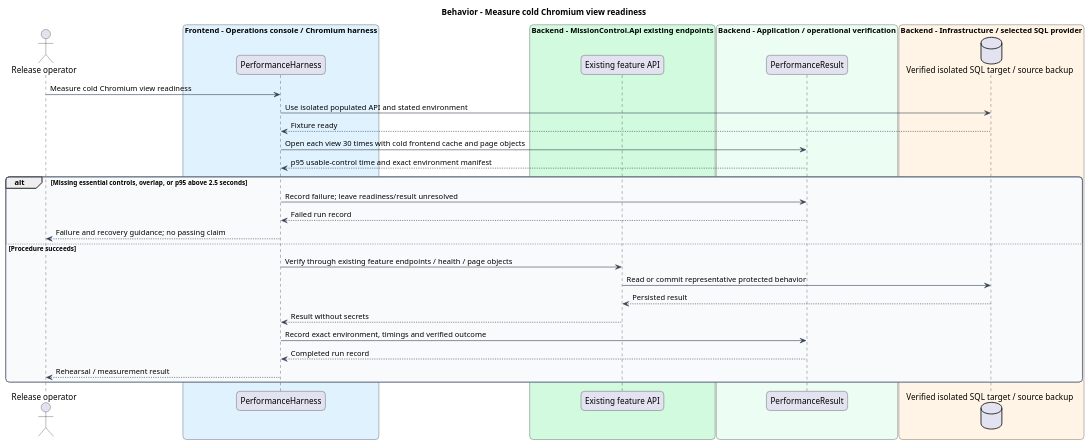
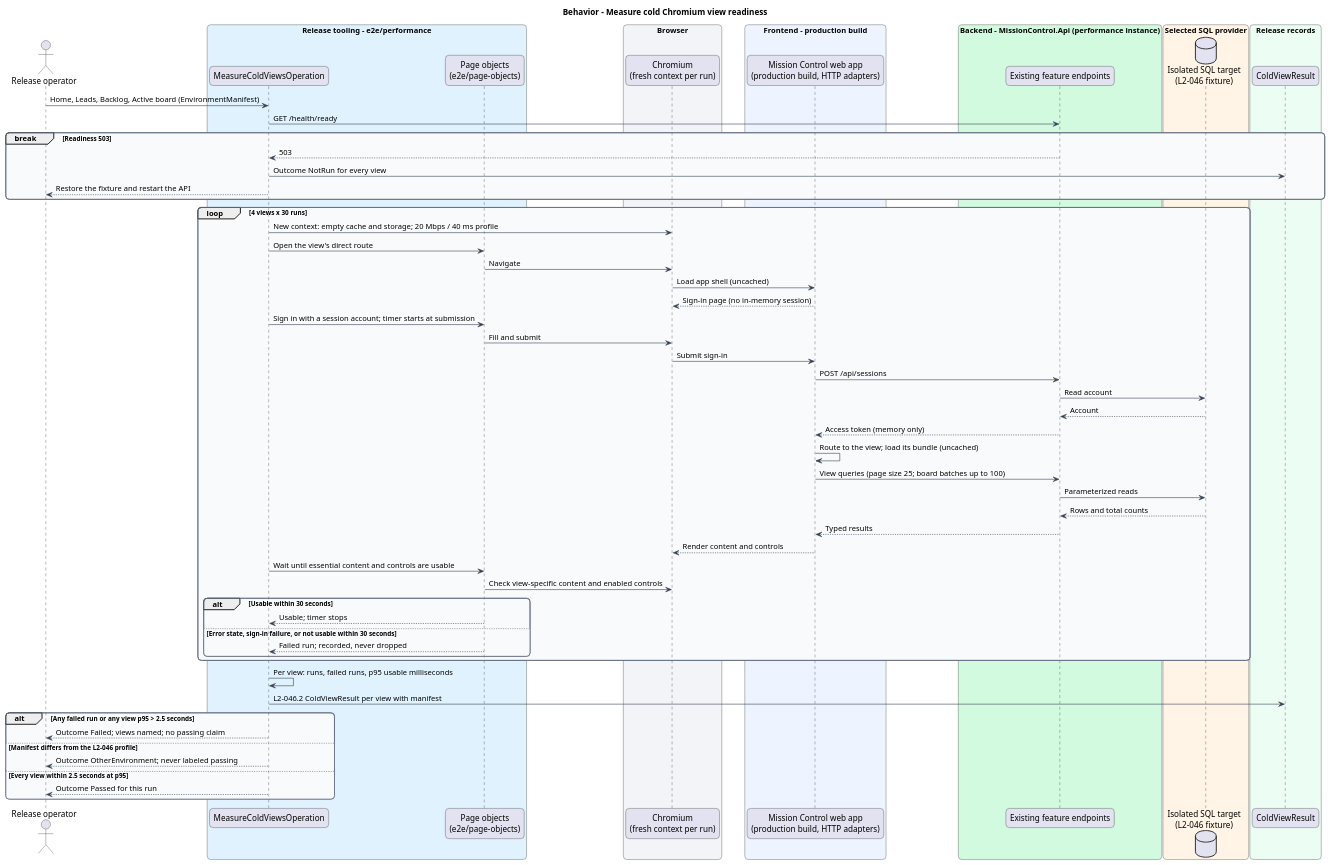
Before and after one commit to QuinntyneBrown/mission-control: the diagram in docs/detailed-designs/operations/measure-release-performance/diagrams/sequence-cold-views.puml, drawn with PlantUML. The commit also changed 334 other files, not shown here.

```diff
--- a/docs/detailed-designs/operations/measure-release-performance/diagrams/sequence-cold-views.puml
+++ b/docs/detailed-designs/operations/measure-release-performance/diagrams/sequence-cold-views.puml
@@ -1,48 +1,80 @@
 @startuml
 skinparam backgroundColor #FFFFFF
 skinparam shadowing false
 skinparam roundcorner 12
 skinparam defaultFontName Arial
 skinparam ArrowColor #344054
 skinparam rectangle {
   BorderColor #344054
   FontColor #101828
 }
 skinparam package {
   BorderColor #667085
   FontColor #101828
   BackgroundColor #F9FAFB
 }
 title Behavior - Measure cold Chromium view readiness
 actor "Release operator" as actor
-box "Frontend - Operations console / Chromium harness" #E0F2FE
-  participant "PerformanceHarness" as handler
+box "Release tooling - e2e/performance" #E0F2FE
+  participant "MeasureColdViewsOperation" as runner
+  participant "Page objects\n(e2e/page-objects)" as po
 end box
-box "Backend - MissionControl.Api existing endpoints" #D1FADF
-  participant "Existing feature API" as api
+box "Browser" #F2F4F7
+  participant "Chromium\n(fresh context per run)" as browser
 end box
-box "Backend - Application / operational verification" #ECFDF3
-  participant "PerformanceResult" as entity
+box "Frontend - production build" #EEF4FF
+  participant "Mission Control web app\n(production build, HTTP adapters)" as app
 end box
-box "Backend - Infrastructure / selected SQL provider" #FFF4E5
-  database "Verified isolated SQL target / source backup" as db
+box "Backend - MissionControl.Api (performance instance)" #D1FADF
+  participant "Existing feature endpoints" as api
 end box
-actor -> handler : Measure cold Chromium view readiness
-  handler -> db : Use isolated populated API and stated environment
-  db --> handler : Fixture ready
-  handler -> entity : Open each view 30 times with cold frontend cache and page objects
-  entity --> handler : p95 usable-control time and exact environment manifest
-alt Missing essential controls, overlap, or p95 above 2.5 seconds
-  handler -> entity : Record failure; leave readiness/result unresolved
-  entity --> handler : Failed run record
-  handler --> actor : Failure and recovery guidance; no passing claim
-else Procedure succeeds
-  handler -> api : Verify through existing feature endpoints / health / page objects
-  api -> db : Read or commit representative protected behavior
-  db --> api : Persisted result
-  api --> handler : Result without secrets
-  handler -> entity : Record exact environment, timings and verified outcome
-  entity --> handler : Completed run record
-  handler --> actor : Rehearsal / measurement result
+box "Selected SQL provider" #FFF4E5
+  database "Isolated SQL target\n(L2-046 fixture)" as db
+end box
+box "Release records" #ECFDF3
+  participant "ColdViewResult" as result
+end box
+actor -> runner : Home, Leads, Backlog, Active board (EnvironmentManifest)
+runner -> api : GET /health/ready
+break Readiness 503
+  api --> runner : 503
+  runner -> result : Outcome NotRun for every view
+  runner --> actor : Restore the fixture and restart the API
+end
+loop 4 views x 30 runs
+  runner -> browser : New context: empty cache and storage; 20 Mbps / 40 ms profile
+  runner -> po : Open the view's direct route
+  po -> browser : Navigate
+  browser -> app : Load app shell (uncached)
+  app --> browser : Sign-in page (no in-memory session)
+  runner -> po : Sign in with a session account; timer starts at submission
+  po -> browser : Fill and submit
+  browser -> app : Submit sign-in
+  app -> api : POST /api/sessions
+  api -> db : Read account
+  db --> api : Account
+  api --> app : Access token (memory only)
+  app -> app : Route to the view; load its bundle (uncached)
+  app -> api : View queries (page size 25; board batches up to 100)
+  api -> db : Parameterized reads
+  db --> api : Rows and total counts
+  api --> app : Typed results
+  app --> browser : Render content and controls
+  runner -> po : Wait until essential content and controls are usable
+  po -> browser : Check view-specific content and enabled controls
+  alt Usable within 30 seconds
+    po --> runner : Usable; timer stops
+  else Error state, sign-in failure, or not usable within 30 seconds
+    po --> runner : Failed run; recorded, never dropped
+  end
+end
+runner -> runner : Per view: runs, failed runs, p95 usable milliseconds
+runner -> result : L2-046.2 ColdViewResult per view with manifest
+alt Any failed run or any view p95 > 2.5 seconds
+  runner --> actor : Outcome Failed; views named; no passing claim
+else Manifest differs from the L2-046 profile
+  runner --> actor : Outcome OtherEnvironment; never labeled passing
+else Every view within 2.5 seconds at p95
+  runner --> actor : Outcome Passed for this run
 end
 @enduml
```
